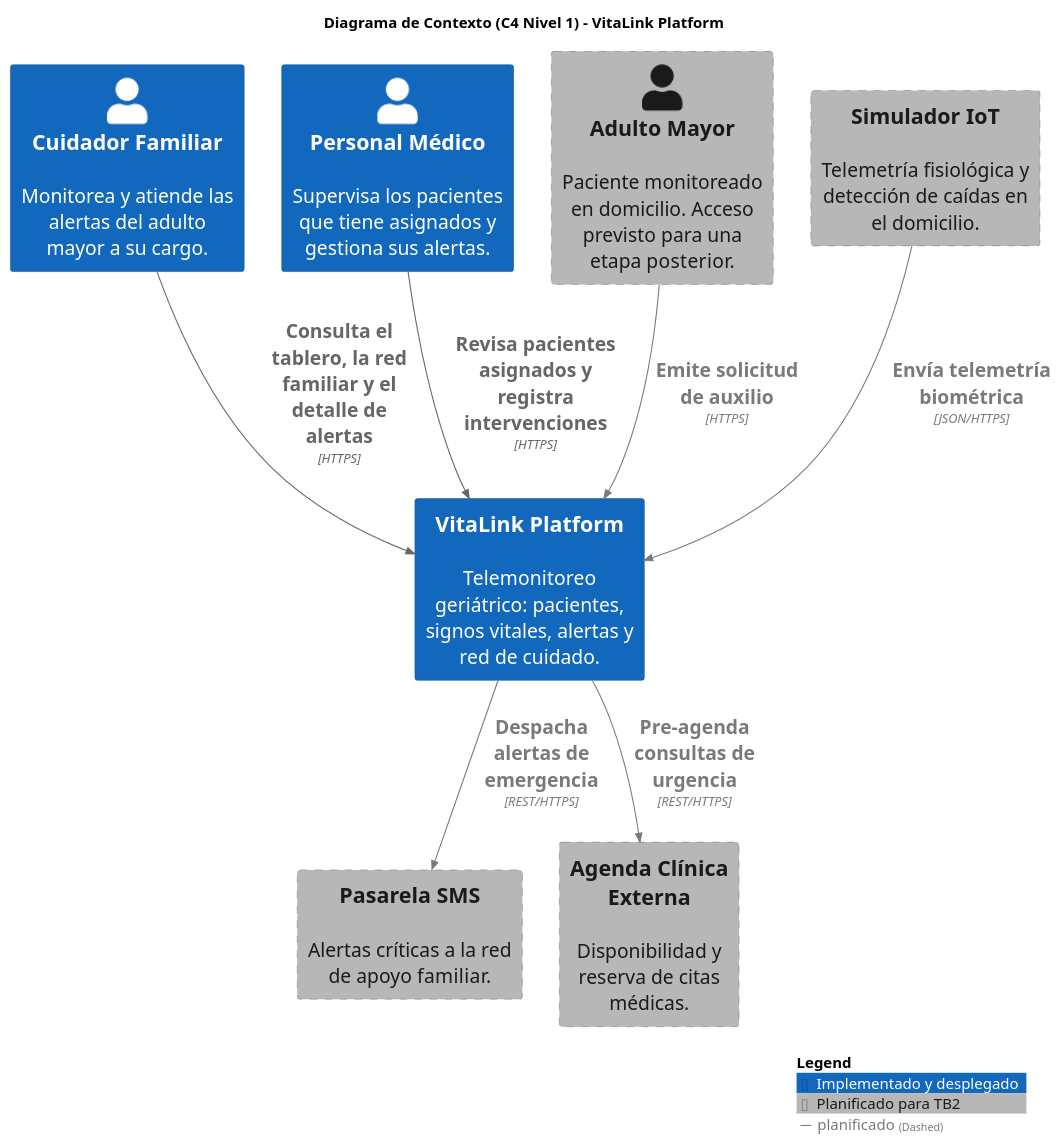
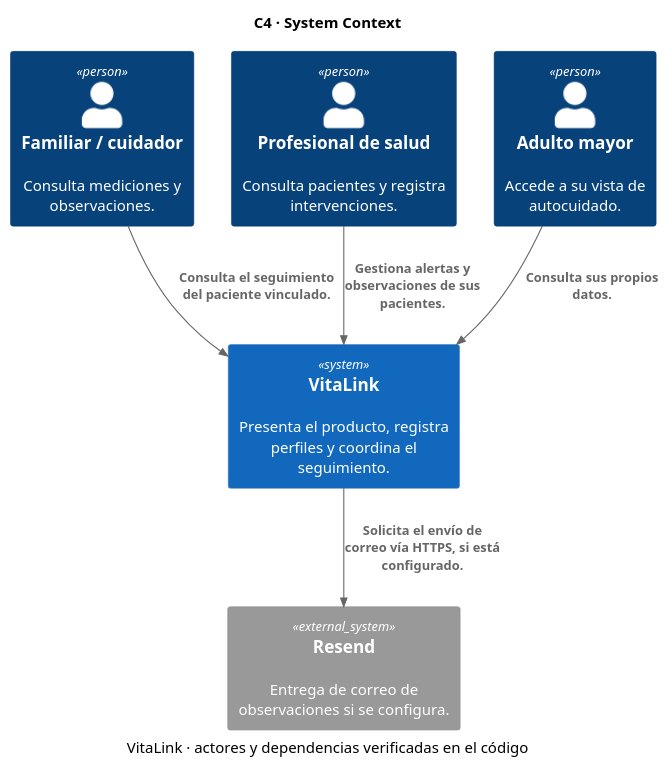
One commit to CodeBrokers-VitaLink/upc-pre-202620-1asi0729-7737-CodeBrokers-Report changed the diagram in assets/diagrams/c4-01-context.puml. Above: the diagram before and after it, drawn with PlantUML. The commit also changed 21 other files, not shown here.

Commit message:
docs(architecture): update C4 diagrams

```diff
--- a/assets/diagrams/c4-01-context.puml
+++ b/assets/diagrams/c4-01-context.puml
@@ -1,34 +1,15 @@
 @startuml
-' VitaLink - C4 Nivel 1: Diagrama de Contexto
-' Referencia en el informe: 4.6.2 Software Architecture Context Diagram
-' Estado reflejado: front-end Angular desplegado (contextos care e iam) sobre una API simulada.
-' Los elementos marcados como "Planificado" pertenecen a la evolución TB2 y no están desplegados.
-
 !include <C4/C4_Context>
-skinparam defaultFontSize 18
-
-AddElementTag("implementado", $bgColor="#1168BD", $fontColor="#FFFFFF", $borderColor="#0B4F8A", $legendText="Implementado y desplegado")
-AddElementTag("planificado",  $bgColor="#B7B7B7", $fontColor="#1A1A1A", $borderColor="#7A7A7A", $borderStyle=Dashed, $legendText="Planificado para TB2")
-AddRelTag("planificado", $textColor="#7A7A7A", $lineColor="#7A7A7A", $lineStyle=Dashed)
-
-title Diagrama de Contexto (C4 Nivel 1) - VitaLink Platform
-
-Person(family, "Cuidador Familiar", "Monitorea y atiende las alertas del adulto mayor a su cargo.", $tags="implementado")
-Person(doctor, "Personal Médico", "Supervisa los pacientes que tiene asignados y gestiona sus alertas.", $tags="implementado")
-Person(patient, "Adulto Mayor", "Paciente monitoreado en domicilio. Acceso previsto para una etapa posterior.", $tags="planificado")
-
-System(vitalink, "VitaLink Platform", "Telemonitoreo geriátrico: pacientes, signos vitales, alertas y red de cuidado.", $tags="implementado")
-
-System_Ext(sms, "Pasarela SMS", "Alertas críticas a la red de apoyo familiar.", $tags="planificado")
-System_Ext(clinic, "Agenda Clínica Externa", "Disponibilidad y reserva de citas médicas.", $tags="planificado")
-System_Ext(iot, "Simulador IoT", "Telemetría fisiológica y detección de caídas en el domicilio.", $tags="planificado")
-
-Rel(family, vitalink, "Consulta el tablero, la red familiar y el detalle de alertas", "HTTPS")
-Rel(doctor, vitalink, "Revisa pacientes asignados y registra intervenciones", "HTTPS")
-Rel(vitalink, sms, "Despacha alertas de emergencia", "REST/HTTPS", $tags="planificado")
-Rel(vitalink, clinic, "Pre-agenda consultas de urgencia", "REST/HTTPS", $tags="planificado")
-Rel(iot, vitalink, "Envía telemetría biométrica", "JSON/HTTPS", $tags="planificado")
-Rel(patient, vitalink, "Emite solicitud de auxilio", "HTTPS", $tags="planificado")
-
-SHOW_LEGEND()
+title C4 · System Context
+caption VitaLink · actores y dependencias verificadas en el código
+skinparam shadowing false
+Person(family, "Familiar / cuidador", "Consulta mediciones y observaciones.")
+Person(doctor, "Profesional de salud", "Consulta pacientes y registra intervenciones.")
+Person(patient, "Adulto mayor", "Accede a su vista de autocuidado.")
+System(vitalink, "VitaLink", "Presenta el producto, registra perfiles y coordina el seguimiento.")
+System_Ext(resend, "Resend", "Entrega de correo de observaciones si se configura.")
+Rel(family, vitalink, "Consulta el seguimiento del paciente vinculado.")
+Rel(doctor, vitalink, "Gestiona alertas y observaciones de sus pacientes.")
+Rel(patient, vitalink, "Consulta sus propios datos.")
+Rel(vitalink, resend, "Solicita el envío de correo vía HTTPS, si está configurado.")
 @enduml
```
